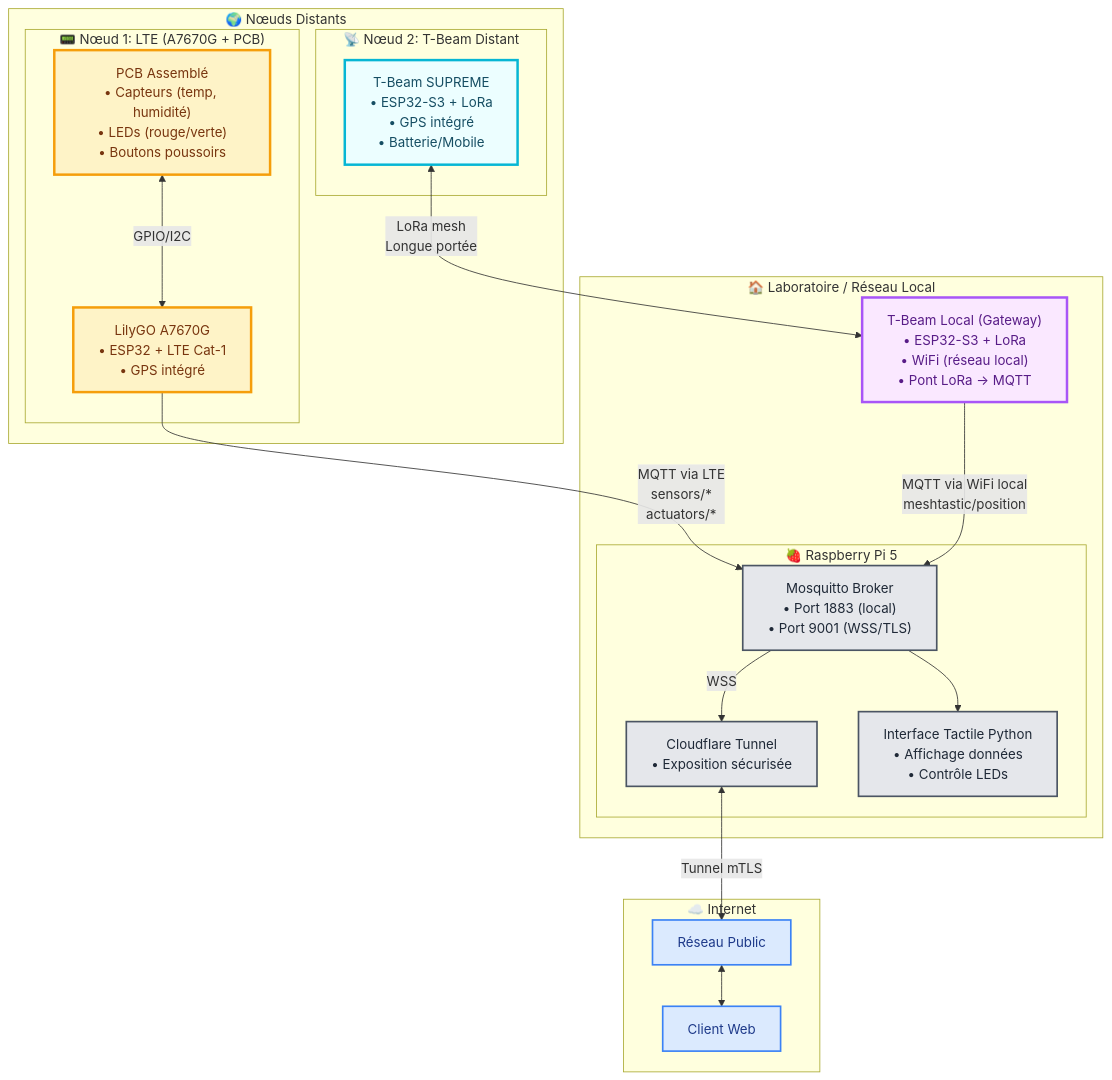
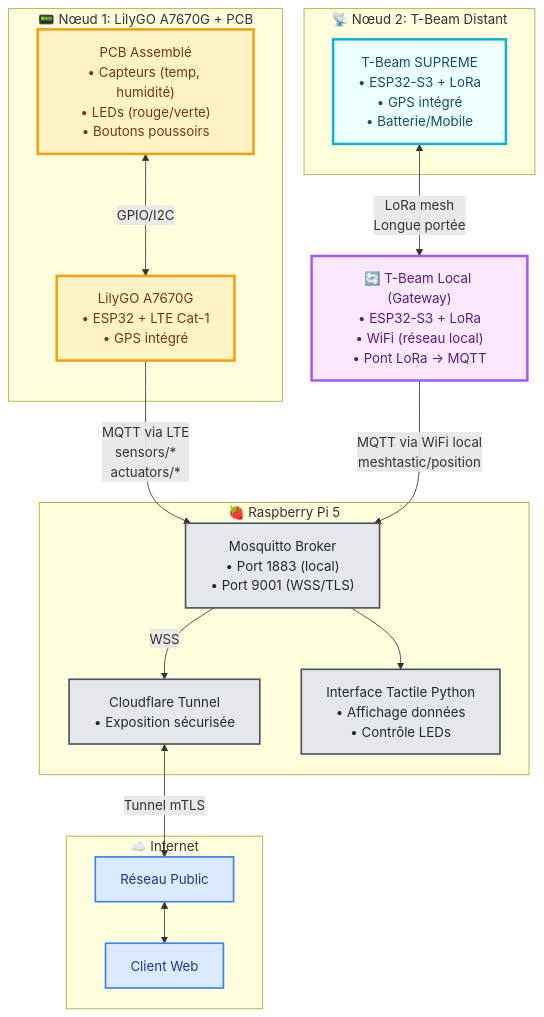
Before and after one commit to fpoisson2/243-4J5-LI: the first of 3 diagrams in architecture-finale-projet.md, drawn with Mermaid.

````diff
--- a/architecture-finale-projet.md
+++ b/architecture-finale-projet.md
@@ -8,59 +8,55 @@
 ```mermaid
 graph TB
-    subgraph Zone_Remote["🌍 Nœuds Distants"]
-        subgraph Device_LTE["📟 Nœud 1: LTE (A7670G + PCB)"]
-            PCB["PCB Assemblé<br/>• Capteurs (temp, humidité)<br/>• LEDs (rouge/verte)<br/>• Boutons poussoirs"]
+    subgraph Device_LTE["📟 Nœud 1: LilyGO A7670G + PCB"]
+        PCB["PCB Assemblé<br/>• Capteurs (temp, humidité)<br/>• LEDs (rouge/verte)<br/>• Boutons poussoirs"]
 
-            A7670G["LilyGO A7670G<br/>• ESP32 + LTE Cat-1<br/>• GPS intégré"]
+        A7670G["LilyGO A7670G<br/>• ESP32 + LTE Cat-1<br/>• GPS intégré"]
 
-            PCB <-->|GPIO/I2C| A7670G
-        end
-
-        subgraph Device_LoRa["📡 Nœud 2: T-Beam Distant"]
-            TBeam_Distant["T-Beam SUPREME<br/>• ESP32-S3 + LoRa<br/>• GPS intégré<br/>• Batterie/Mobile"]
-        end
+        PCB <-->|GPIO/I2C| A7670G
     end
 
-    subgraph Zone_Lab["🏠 Laboratoire / Réseau Local"]
-        TBeam_Local["T-Beam Local (Gateway)<br/>• ESP32-S3 + LoRa<br/>• WiFi (réseau local)<br/>• Pont LoRa → MQTT"]
+    subgraph Device_LoRa["📡 Nœud 2: T-Beam Distant"]
+        TBeam_Distant["T-Beam SUPREME<br/>• ESP32-S3 + LoRa<br/>• GPS intégré<br/>• Batterie/Mobile"]
+    end
 
-        subgraph RaspberryPi["🍓 Raspberry Pi 5"]
-            Mosquitto["Mosquitto Broker<br/>• Port 1883 (local)<br/>• Port 9001 (WSS/TLS)"]
+    TBeam_Local["🔄 T-Beam Local (Gateway)<br/>• ESP32-S3 + LoRa<br/>• WiFi (réseau local)<br/>• Pont LoRa → MQTT"]
 
-            CloudflareTunnel["Cloudflare Tunnel<br/>• Exposition sécurisée"]
+    subgraph RaspberryPi["🍓 Raspberry Pi 5"]
+        Mosquitto["Mosquitto Broker<br/>• Port 1883 (local)<br/>• Port 9001 (WSS/TLS)"]
 
-            InterfaceTactile["Interface Tactile Python<br/>• Affichage données<br/>• Contrôle LEDs"]
+        CloudflareTunnel["Cloudflare Tunnel<br/>• Exposition sécurisée"]
 
-            Mosquitto --> InterfaceTactile
-        end
+        InterfaceTactile["Interface Tactile Python<br/>• Affichage données<br/>• Contrôle LEDs"]
+
+        Mosquitto --> InterfaceTactile
     end
 
     subgraph Zone_Internet["☁️ Internet"]
         Internet["Réseau Public"]
         ClientDistant["Client Web"]
     end
 
     %% Flux de communication
     A7670G -->|"MQTT via LTE<br/>sensors/*<br/>actuators/*"| Mosquitto
 
     TBeam_Distant <-->|"LoRa mesh<br/>Longue portée"| TBeam_Local
 
     TBeam_Local -->|"MQTT via WiFi local<br/>meshtastic/position"| Mosquitto
 
     CloudflareTunnel <-->|Tunnel mTLS| Internet
     Mosquitto -->|WSS| CloudflareTunnel
     Internet <--> ClientDistant
 
     %% Styles
     classDef lte fill:#fef3c7,stroke:#f59e0b,stroke-width:3px,color:#78350f
     classDef lora_remote fill:#ecfeff,stroke:#06b6d4,stroke-width:3px,color:#164e63
     classDef lora_local fill:#fae8ff,stroke:#a855f7,stroke-width:3px,color:#581c87
     classDef infra fill:#e5e7eb,stroke:#4b5563,stroke-width:2px,color:#1f2937
     classDef cloud fill:#dbeafe,stroke:#3b82f6,stroke-width:2px,color:#1e3a8a
 
     class PCB,A7670G lte
     class TBeam_Distant lora_remote
     class TBeam_Local lora_local
     class Mosquitto,CloudflareTunnel,InterfaceTactile infra
     class Internet,ClientDistant cloud
 ```
````
